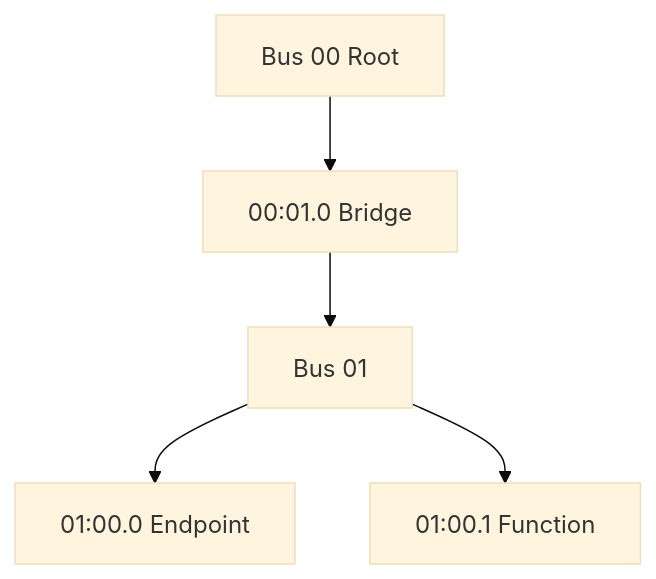
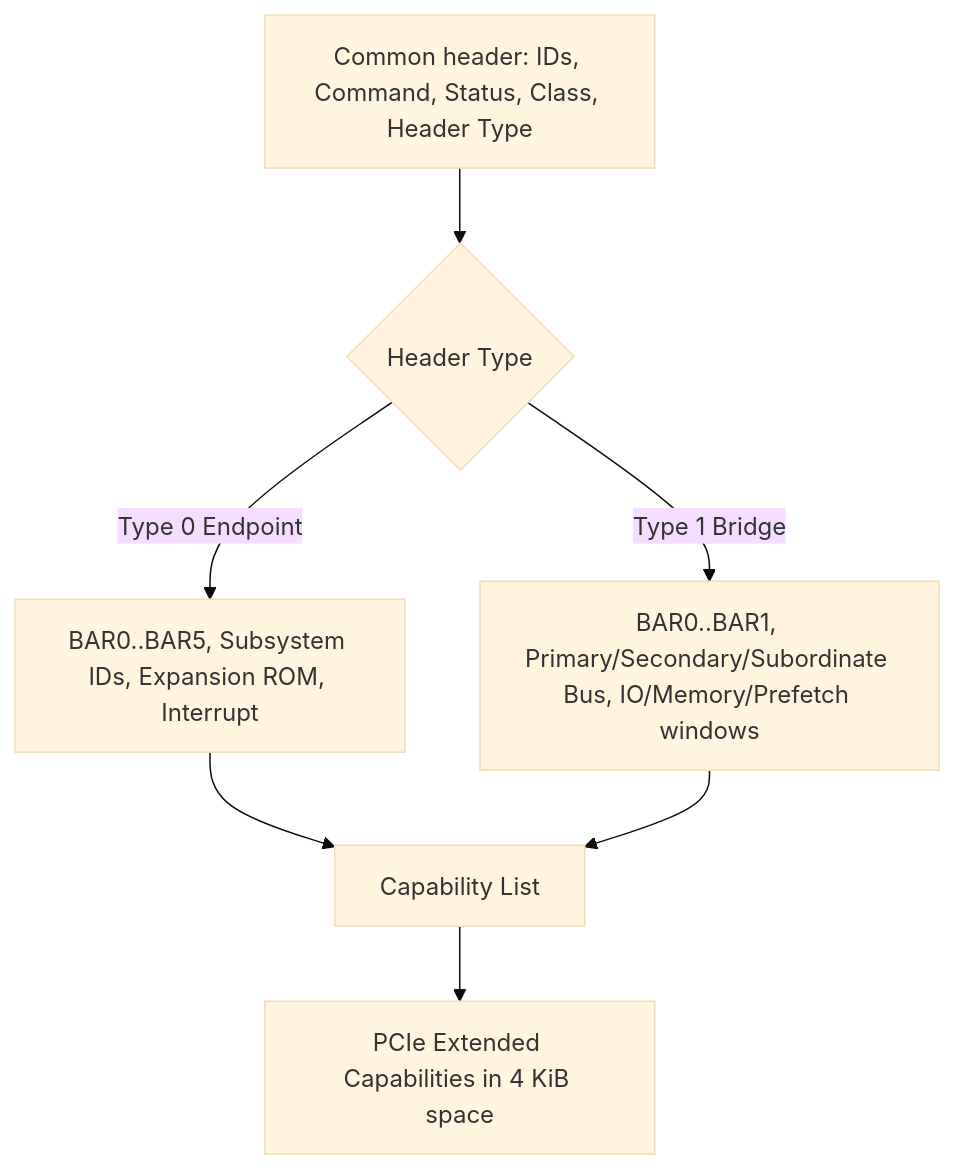
One commit to cdragon-ljl/EEandEdgeAI changed the first of 2 diagrams in docs/articles/pcie/pci-02-pcie-enumeration-config-space.md. Above: the diagram before and after it, drawn with Mermaid (base theme). The commit also changed other lines of this file and 2 other files, not shown here.

Commit message:
docs: rebuild PCIe foundations and enumeration

````diff
--- a/docs/articles/pcie/pci-02-pcie-enumeration-config-space.md
+++ b/docs/articles/pcie/pci-02-pcie-enumeration-config-space.md
@@ -56,7 +39,9 @@
 ```mermaid
 flowchart TB
-    B0[Bus 00 Root] --> BR[00:01.0 Bridge]
-    BR --> B1[Bus 01]
-    B1 --> EP0[01:00.0 Endpoint]
-    B1 --> EP1[01:00.1 Function]
+    COMMON[Common header: IDs, Command, Status, Class, Header Type] --> T{Header Type}
+    T -->|Type 0 Endpoint| E[BAR0..BAR5, Subsystem IDs, Expansion ROM, Interrupt]
+    T -->|Type 1 Bridge| B[BAR0..BAR1, Primary/Secondary/Subordinate Bus, IO/Memory/Prefetch windows]
+    E --> CAP[Capability List]
+    B --> CAP
+    CAP --> EXT[PCIe Extended Capabilities in 4 KiB space]
 ```
````
